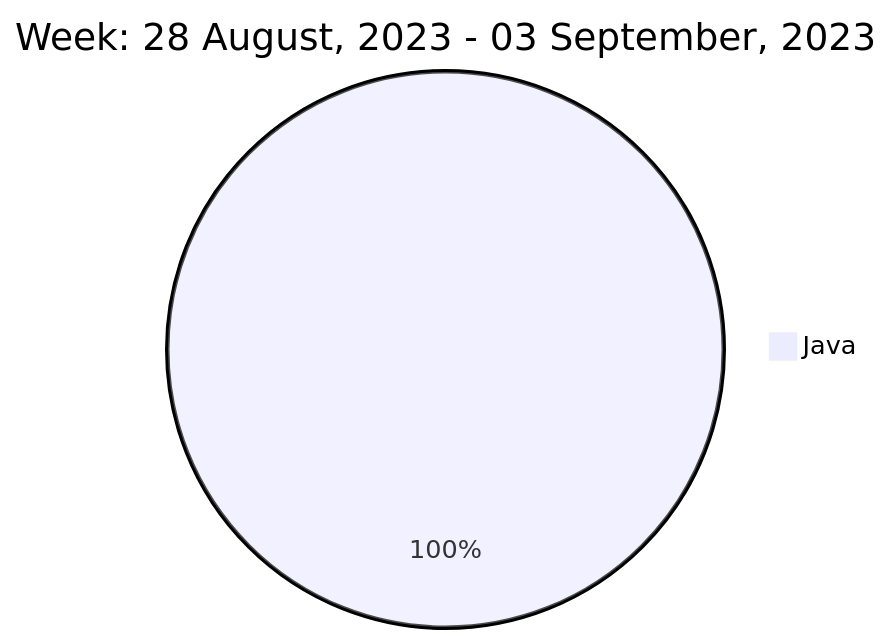
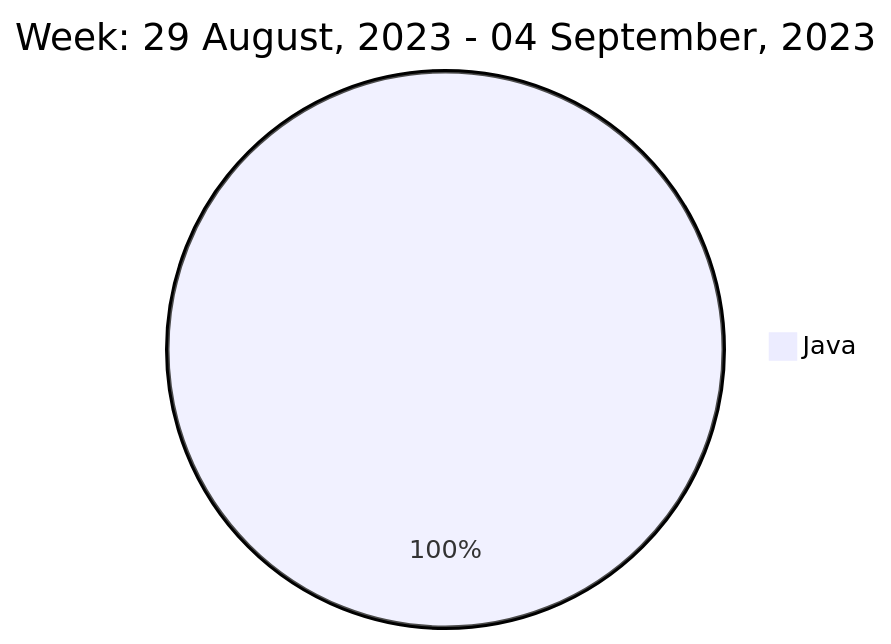
One commit to liubin95/liubin95 changed the diagram in README.md. Above: the diagram before and after it, drawn with Mermaid.

Commit message:
Updated the Graph with new Metrics

````diff
--- a/README.md
+++ b/README.md
@@ -40,5 +40,5 @@
 ```mermaid
  pie
-title Week: 28 August, 2023 - 03 September, 2023
- "Java" : 5.8
+title Week: 29 August, 2023 - 04 September, 2023
+ "Java" : 7.0
 ```
````
